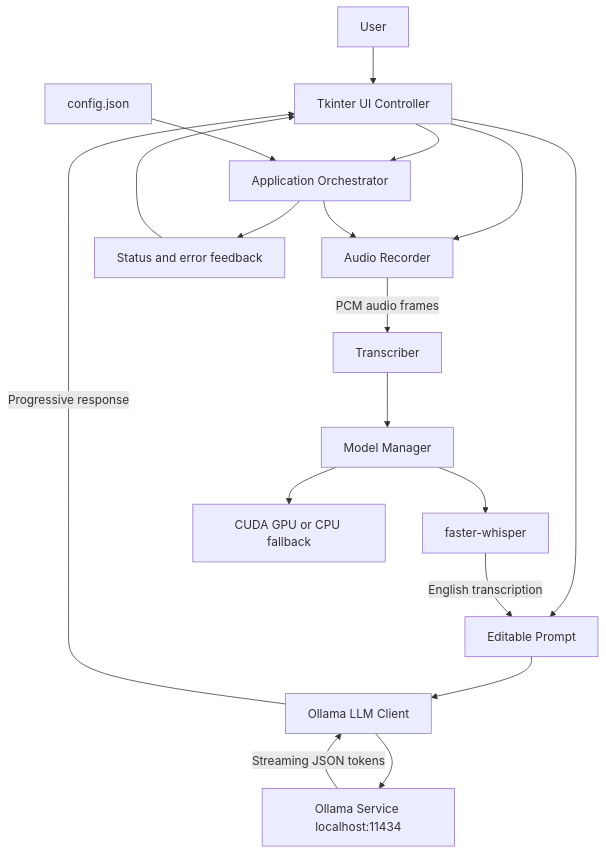
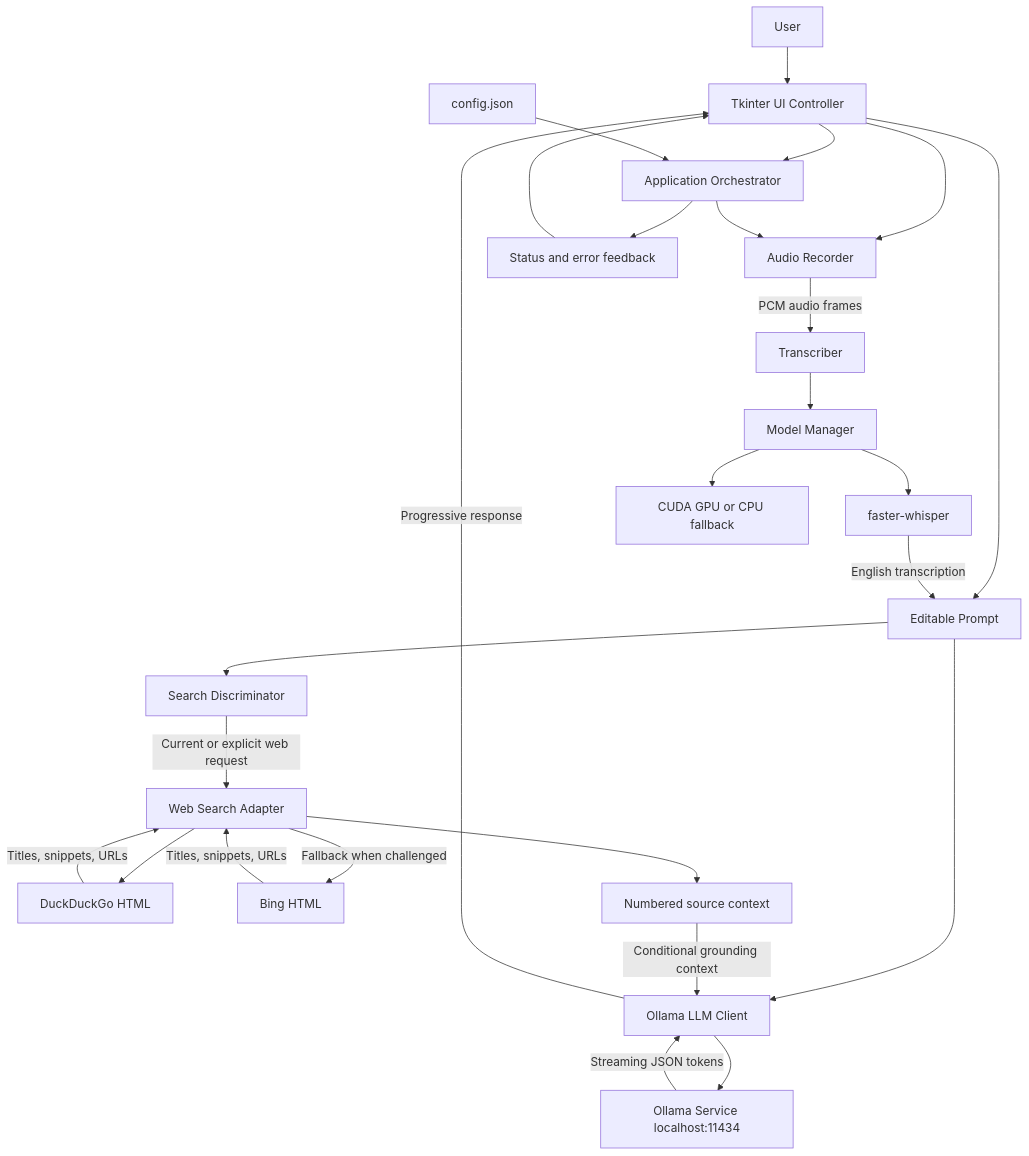
The diagram in README.md (Whitehat-1711/ParaKeet_Lite), drawn with Mermaid before and after one commit. The commit also changed 1 other file, not shown here.

Commit message:
diagram change

````diff
--- a/README.md
+++ b/README.md
@@ -35,20 +35,28 @@
 ```mermaid
 flowchart TD
     User[User] --> UI[Tkinter UI Controller]
     UI --> Orch[Application Orchestrator]
     UI --> Audio[Audio Recorder]
     UI --> Prompt[Editable Prompt]
     Orch --> Audio
     Audio -->|PCM audio frames| Transcriber[Transcriber]
     Transcriber --> Models[Model Manager]
     Models --> Whisper[faster-whisper]
     Whisper -->|English transcription| Prompt
     Prompt --> LLM[Ollama LLM Client]
     LLM --> Ollama[Ollama Service localhost:11434]
     Ollama -->|Streaming JSON tokens| LLM
     LLM -->|Progressive response| UI
+    Prompt --> Discriminator[Search Discriminator]
+    Discriminator -->|Current or explicit web request| Search[Web Search Adapter]
+    Search --> DDG[DuckDuckGo HTML]
+    Search -->|Fallback when challenged| Bing[Bing HTML]
+    DDG -->|Titles, snippets, URLs| Search
+    Bing -->|Titles, snippets, URLs| Search
+    Search --> Sources[Numbered source context]
+    Sources -->|Conditional grounding context| LLM
     Models --> GPU[CUDA GPU or CPU fallback]
     Config[config.json] --> Orch
     Orch --> Status[Status and error feedback]
     Status --> UI
 ```
````
